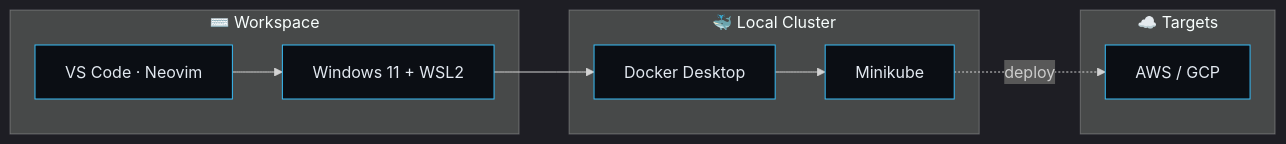
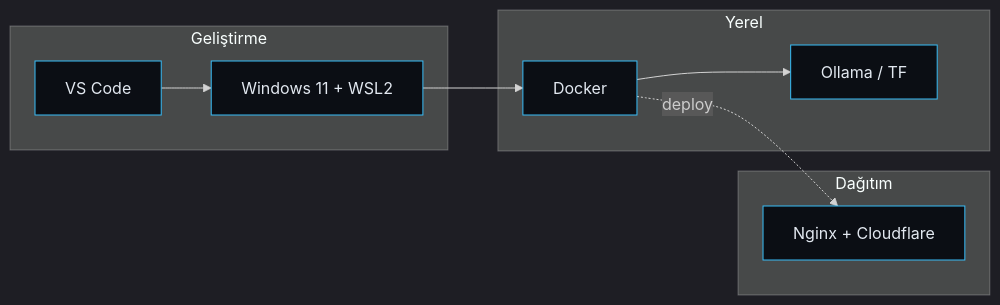
Before and after one commit to CumaDogangithub/CumaDogangithub: the diagram in README.md, drawn with Mermaid. The commit also changed other lines of this file and 5 other files, not shown here.

````diff
--- a/README.md
+++ b/README.md
@@ -116,18 +88,20 @@
 ```mermaid
 %%{init: {'theme':'dark'}}%%
 flowchart LR
-    subgraph WS["⌨️ Workspace"]
+    subgraph WS["Geliştirme"]
         OS[Windows 11 + WSL2]
-        ED[VS Code · Neovim]
+        ED[VS Code]
     end
-    subgraph LOCAL["🐳 Local Cluster"]
-        DK[Docker Desktop]
-        K8[Minikube]
+    subgraph LOCAL["Yerel"]
+        DK[Docker]
+        ML[Ollama / TF]
     end
-    subgraph CLOUD["☁️ Targets"]
-        AWS[AWS / GCP]
+    subgraph CLOUD["Dağıtım"]
+        SRV[Nginx + Cloudflare]
     end
-    ED --> OS --> DK --> K8 -.deploy.-> AWS
+    ED --> OS --> DK
+    DK --> ML
+    DK -.deploy.-> SRV
     classDef d fill:#0B0E14,stroke:#38BDF8,color:#E2E8F0;
-    class OS,ED,DK,K8,AWS d;
+    class OS,ED,DK,ML,SRV d;
 ```
````
